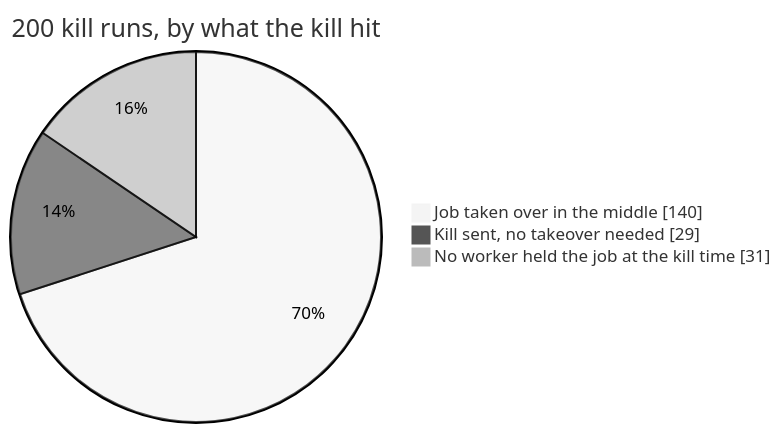
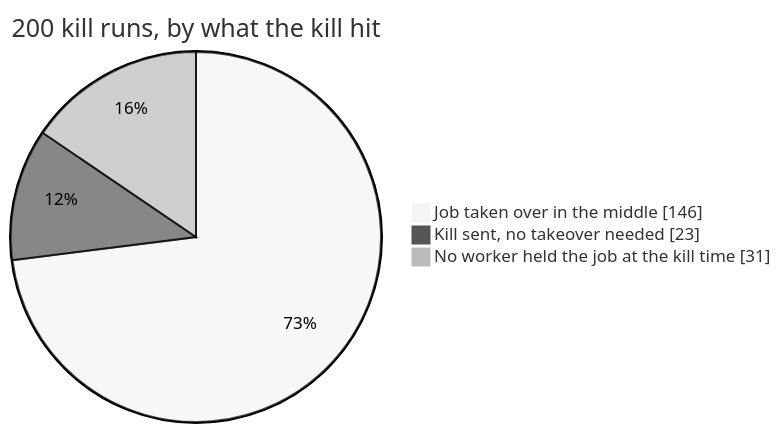
The diagram in docs/results/durability.md (sindredg/agent-runtime), drawn with Mermaid (neutral theme) before and after one commit. The commit also changed other lines of this file and 8 other files, not shown here.

````diff
--- a/docs/results/durability.md
+++ b/docs/results/durability.md
@@ -8,6 +8,6 @@
 ```mermaid
 pie showData title 200 kill runs, by what the kill hit
-    "Job taken over in the middle" : 140
-    "Kill sent, no takeover needed" : 29
+    "Job taken over in the middle" : 146
+    "Kill sent, no takeover needed" : 23
     "No worker held the job at the kill time" : 31
 ```
````
